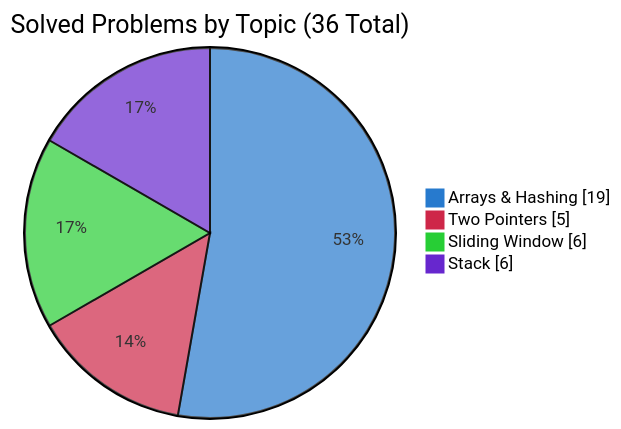
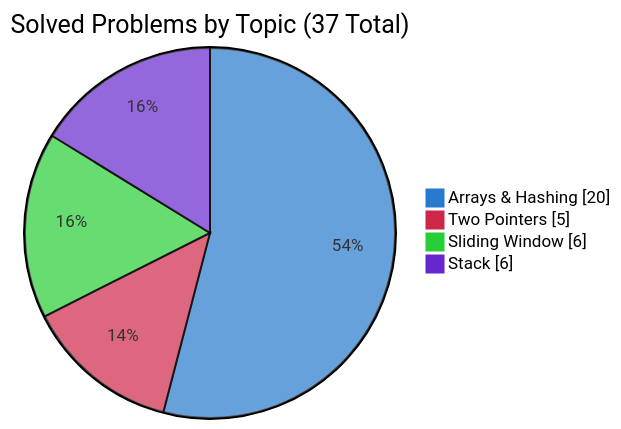
The second of 3 diagrams in README.md (simonesiega/leetcode-solutions), drawn with Mermaid before and after one commit. The commit also changed other lines of this file and 3 other files, not shown here.

````diff
--- a/README.md
+++ b/README.md
@@ -84,9 +84,9 @@
 ```mermaid
 %%{init: {"themeVariables":{"pie1":"#277ace","pie2":"#ce2748","pie3":"#27ce35","pie4":"#6727ce"},"themeCSS":".pieCircle:nth-of-type(1){fill:#277ace!important}.legend:nth-of-type(2) rect{fill:#277ace!important;stroke:#277ace!important}.pieCircle:nth-of-type(2){fill:#ce2748!important}.legend:nth-of-type(3) rect{fill:#ce2748!important;stroke:#ce2748!important}.pieCircle:nth-of-type(3){fill:#27ce35!important}.legend:nth-of-type(4) rect{fill:#27ce35!important;stroke:#27ce35!important}.pieCircle:nth-of-type(4){fill:#6727ce!important}.legend:nth-of-type(5) rect{fill:#6727ce!important;stroke:#6727ce!important}"}}%%
 pie showData
-    title Solved Problems by Topic (36 Total)
-    "Arrays & Hashing" : 19
+    title Solved Problems by Topic (37 Total)
+    "Arrays & Hashing" : 20
     "Two Pointers" : 5
     "Sliding Window" : 6
     "Stack" : 6
 ```
````
